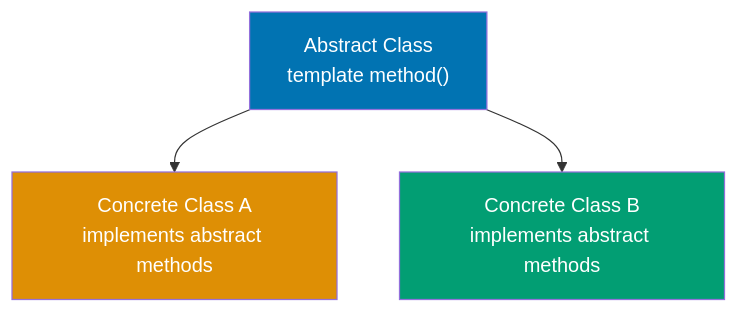
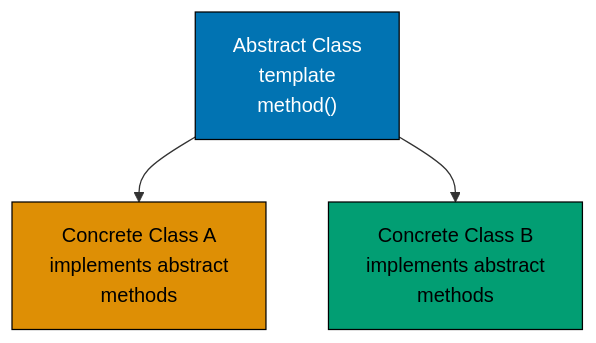
The first of 11 diagrams in apps/ayokoding-www/content/en/learn/legacy/software-engineering/programming-languages/java/by-example/intermediate.md (wahidyankf/ose-public), drawn with Mermaid before and after one commit. The commit also changed other lines of this file and 112 other files, not shown here.

First line of the commit message:
fix(mermaid): bring the legacy programming-languages diagrams onto the accessible palette

````diff
--- a/apps/ayokoding-www/content/en/learn/legacy/software-engineering/programming-languages/java/by-example/intermediate.md
+++ b/apps/ayokoding-www/content/en/learn/legacy/software-engineering/programming-languages/java/by-example/intermediate.md
@@ -31,10 +31,16 @@
 ```mermaid
 %% Color Palette: Blue #0173B2, Orange #DE8F05, Teal #029E73, Purple #CC78BC, Brown #CA9161
 graph TD
-    Abstract["Abstract Class<br/>template method#40;#41;"] --> Concrete1["Concrete Class A<br/>implements abstract methods"]
-    Abstract --> Concrete2["Concrete Class B<br/>implements abstract methods"]
+    accTitle: Example 34: Abstract Classes and Template Method Pattern
+    accDescr: Graph with 3 nodes and 2 connections. Nodes: Abstract Class template method4041, Concrete Class A implements abstract methods, Concrete Class B implements abstract methods. Connections: Abstract Class template method4041 to Concrete Class A implements abstract methods, Abstract Class template method4041 to Concrete Class B implements abstract methods.
+    Abstract["Abstract Class<br/>template<br/>method#40;#41;"] --> Concrete1["Concrete Class A<br/>implements abstract<br/>methods"]
+    Abstract --> Concrete2["Concrete Class B<br/>implements abstract<br/>methods"]
 
-    style Abstract fill:#0173B2,color:#fff
-    style Concrete1 fill:#DE8F05,color:#fff
-    style Concrete2 fill:#029E73,color:#fff
+    classDef pal-0173B2 fill:#0173B2,stroke:#000000,color:#FFFFFF
+    class Abstract pal-0173B2
+    classDef pal-DE8F05 fill:#DE8F05,stroke:#000000,color:#000000
+    class Concrete1 pal-DE8F05
+    classDef pal-029E73 fill:#029E73,stroke:#000000,color:#000000
+    class Concrete2 pal-029E73
+    classDef default fill:#FFFFFF,stroke:#000000,color:#000000
 ```
````
